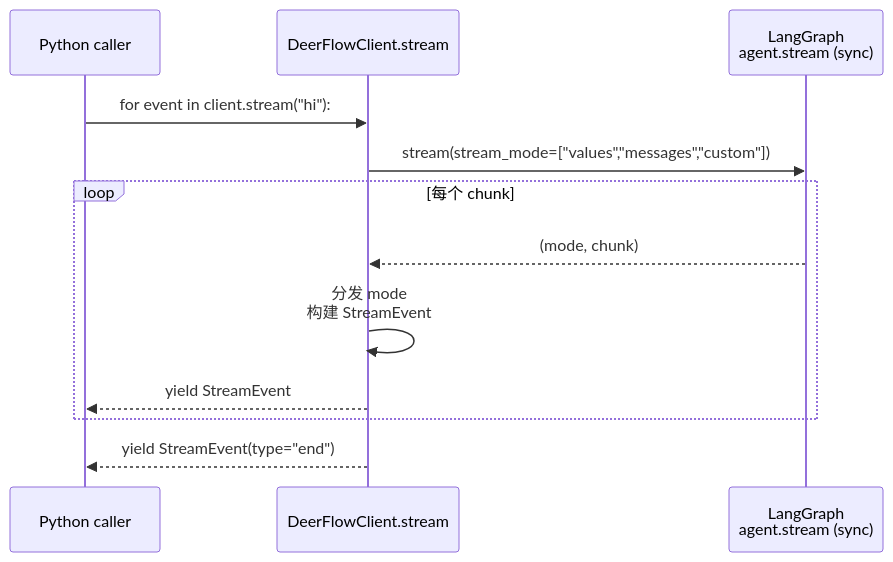
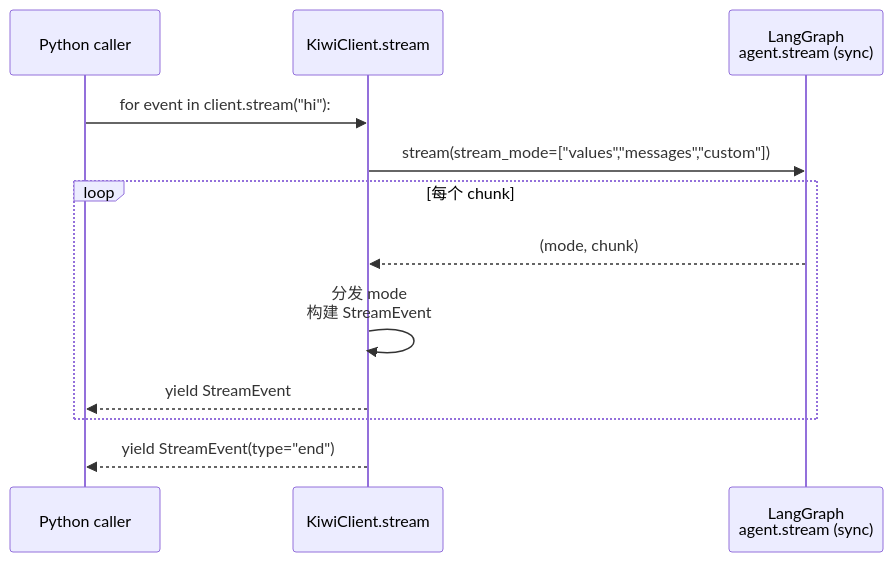
The third of 5 diagrams in backend/docs/STREAMING.md (Kvn11/kiwi-flow), drawn with Mermaid before and after one commit. The commit also changed other lines of this file and 135 other files, not shown here.

First line of the commit message:
chore: rename docker/skills/workspace/code identifiers deer-flow -> kiwi-flow, DeerFlow -> Kiwi

````diff
--- a/backend/docs/STREAMING.md
+++ b/backend/docs/STREAMING.md
@@ -150,15 +150,15 @@
 ```mermaid
 sequenceDiagram
     participant User as Python caller
-    participant Client as DeerFlowClient.stream
+    participant Client as KiwiClient.stream
     participant Agent as LangGraph<br/>agent.stream (sync)
 
     User->>Client: for event in client.stream("hi"):
     Client->>Agent: stream(stream_mode=["values","messages","custom"])
     loop 每个 chunk
         Agent-->>Client: (mode, chunk)
         Client->>Client: 分发 mode<br/>构建 StreamEvent
         Client-->>User: yield StreamEvent
     end
     Client-->>User: yield StreamEvent(type="end")
 ```
````
